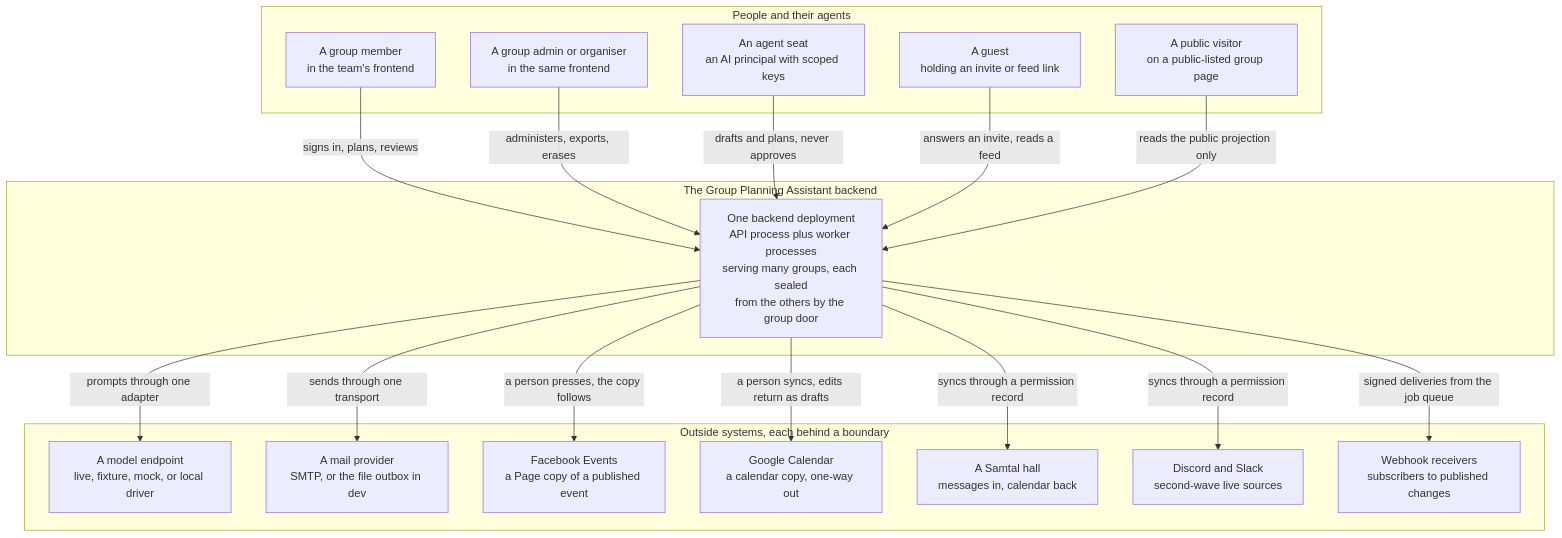
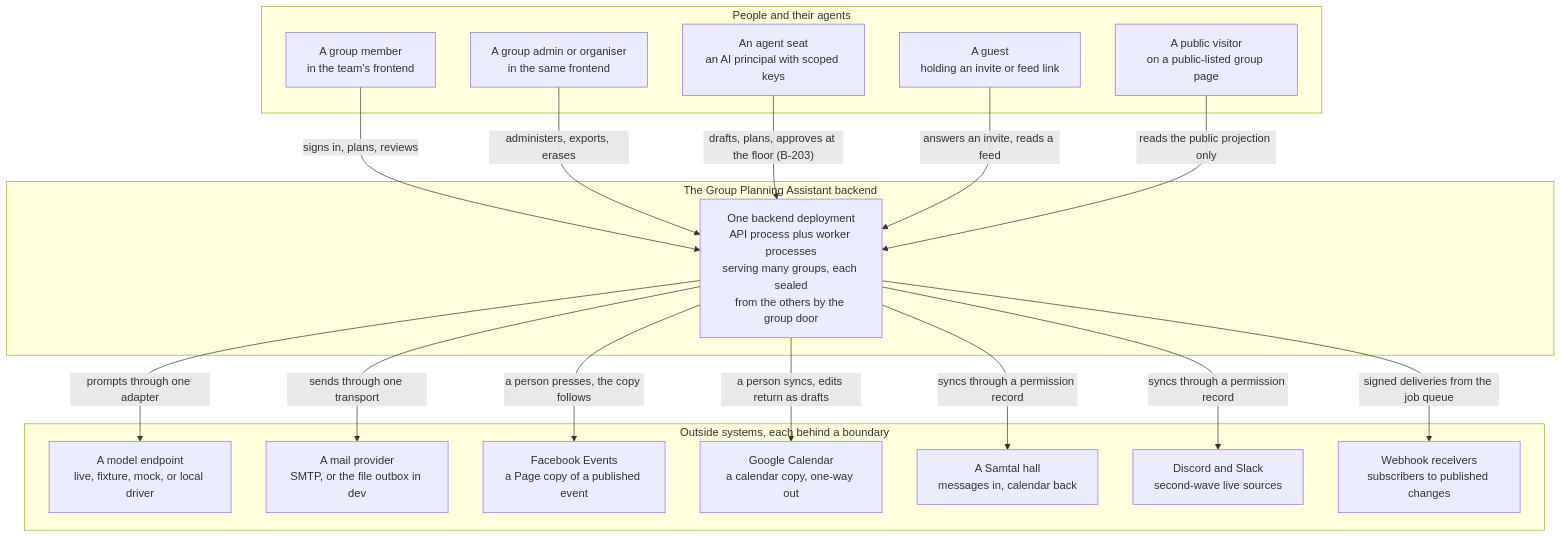
The first of 6 diagrams in backend/docs/08-architecture-diagram-pack.md (themanyone/muse-group-planning-assistant), drawn with Mermaid before and after one commit. The commit also changed other lines of this file and 79 other files, not shown here.

````diff
--- a/backend/docs/08-architecture-diagram-pack.md
+++ b/backend/docs/08-architecture-diagram-pack.md
@@ -23,34 +23,34 @@
 ```mermaid
 flowchart TB
     subgraph people["People and their agents"]
         MEMBER["A group member<br/>in the team's frontend"]
         ADMIN["A group admin or organiser<br/>in the same frontend"]
         SEAT["An agent seat<br/>an AI principal with scoped keys"]
         GUEST["A guest<br/>holding an invite or feed link"]
         PUBLIC["A public visitor<br/>on a public-listed group page"]
     end
     subgraph system["The Group Planning Assistant backend"]
         GPA["One backend deployment<br/>API process plus worker processes<br/>serving many groups, each sealed<br/>from the others by the group door"]
     end
     subgraph outside["Outside systems, each behind a boundary"]
         MODEL["A model endpoint<br/>live, fixture, mock, or local driver"]
         MAIL["A mail provider<br/>SMTP, or the file outbox in dev"]
         FB["Facebook Events<br/>a Page copy of a published event"]
         GC["Google Calendar<br/>a calendar copy, one-way out"]
         HALL["A Samtal hall<br/>messages in, calendar back"]
         CHAT["Discord and Slack<br/>second-wave live sources"]
         HOOKS["Webhook receivers<br/>subscribers to published changes"]
     end
     MEMBER -->|"signs in, plans, reviews"| GPA
     ADMIN -->|"administers, exports, erases"| GPA
-    SEAT -->|"drafts and plans, never approves"| GPA
+    SEAT -->|"drafts, plans, approves at the floor (B-203)"| GPA
     GUEST -->|"answers an invite, reads a feed"| GPA
     PUBLIC -->|"reads the public projection only"| GPA
     GPA -->|"prompts through one adapter"| MODEL
     GPA -->|"sends through one transport"| MAIL
     GPA -->|"a person presses, the copy follows"| FB
     GPA -->|"a person syncs, edits return as drafts"| GC
     GPA -->|"syncs through a permission record"| HALL
     GPA -->|"syncs through a permission record"| CHAT
     GPA -->|"signed deliveries from the job queue"| HOOKS
 ```
````
